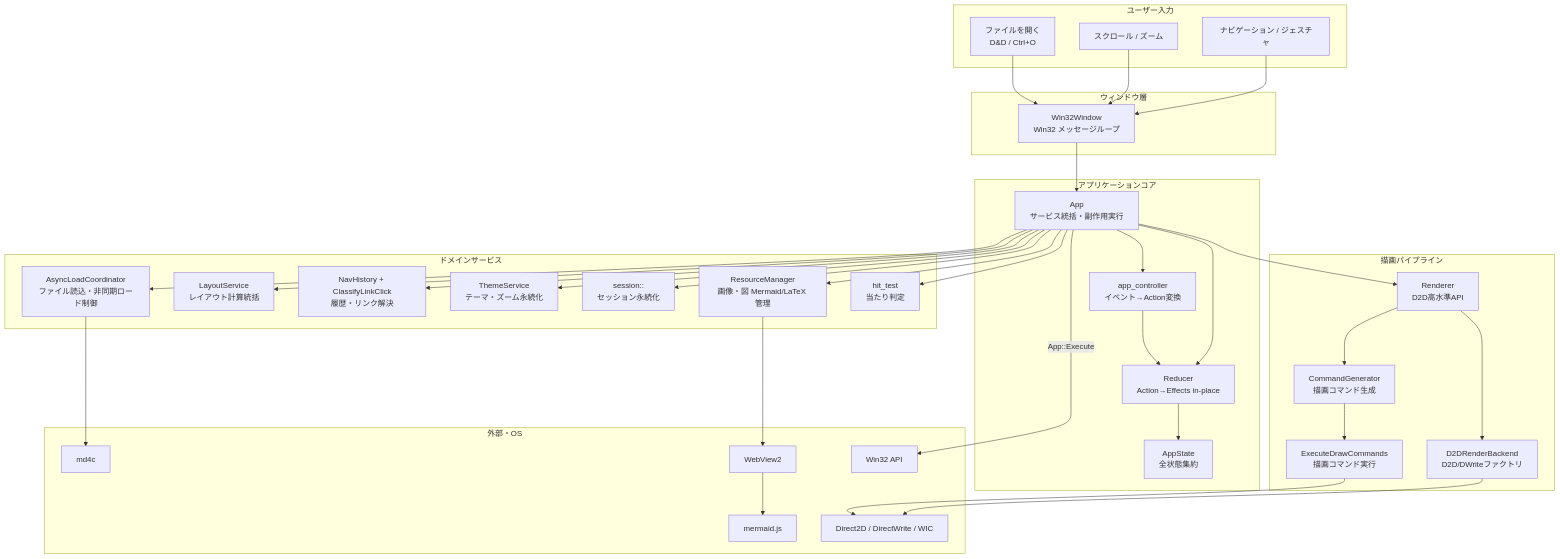
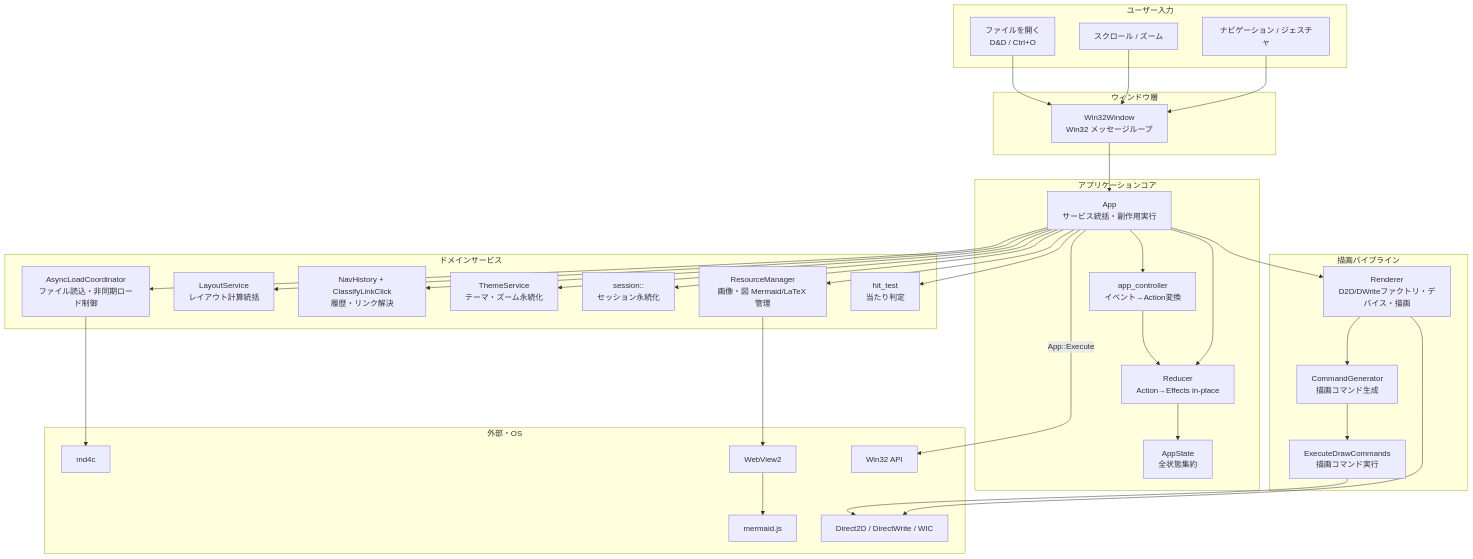
One commit to tanaton/mendo changed the first of 27 diagrams in example/test.md. Above: the diagram before and after it, drawn with Mermaid. The commit also changed other lines of this file and 119 other files, not shown here.

````diff
--- a/example/test.md
+++ b/example/test.md
@@ -36,61 +36,59 @@
 ```mermaid
 graph TB
     subgraph ユーザー入力
         A[ファイルを開く<br>D&D / Ctrl+O]
         B[スクロール / ズーム]
         C[ナビゲーション / ジェスチャ]
     end
 
     subgraph ウィンドウ層
         W[Win32Window<br>Win32 メッセージループ]
     end
 
     subgraph アプリケーションコア
         APP[App<br>サービス統括・副作用実行]
         AS[AppState<br>全状態集約]
         RD[Reducer<br>Action→Effects in-place]
         AC[app_controller<br>イベント→Action変換]
     end
 
     subgraph ドメインサービス
         FLS[AsyncLoadCoordinator<br>ファイル読込・非同期ロード制御]
         LS[LayoutService<br>レイアウト計算統括]
         NH[NavHistory + ClassifyLinkClick<br>履歴・リンク解決]
         TS[ThemeService<br>テーマ・ズーム永続化]
         SS_SVC[session::<br>セッション永続化]
         RM[ResourceManager<br>画像・図 Mermaid/LaTeX 管理]
         HT[hit_test<br>当たり判定]
     end
 
     subgraph 描画パイプライン
         CG[CommandGenerator<br>描画コマンド生成]
         CE[ExecuteDrawCommands<br>描画コマンド実行]
-        REN[Renderer<br>D2D高水準API]
-        RB[D2DRenderBackend<br>D2D/DWriteファクトリ]
+        REN[Renderer<br>D2D/DWriteファクトリ・デバイス・描画]
     end
 
     subgraph "外部・OS"
         MD[md4c]
         WV[WebView2]
         MJ[mermaid.js]
         D2D_OS[Direct2D / DirectWrite / WIC]
         OS[Win32 API]
     end
 
     A & B & C --> W
     W --> APP
     APP --> AC
     AC --> RD
     APP --> RD
     RD --> AS
     APP -->|App::Execute| OS
     APP --> REN
     REN --> CG
     CG --> CE
-    REN --> RB
-    CE & RB --> D2D_OS
+    CE & REN --> D2D_OS
     APP --> FLS & LS & NH & TS & SS_SVC & RM & HT
     FLS --> MD
     RM --> WV
     WV --> MJ
 ```
````
